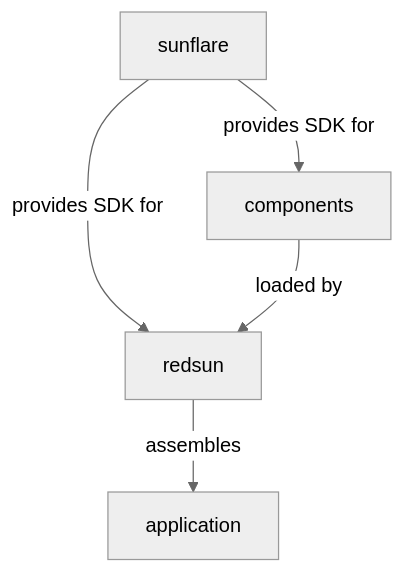
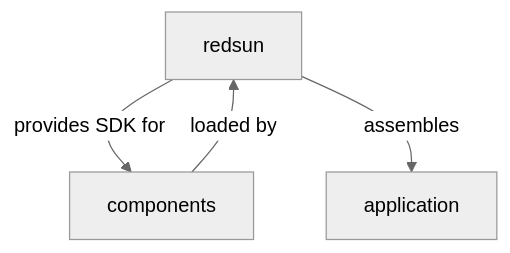
Before and after one commit to redsun-acquisition/redsun: the diagram in docs/explanation/statement.md, drawn with Mermaid (neutral theme). The commit also changed other lines of this file and 20 other files, not shown here.

````diff
--- a/docs/explanation/statement.md
+++ b/docs/explanation/statement.md
@@ -7,7 +7,6 @@
 ```mermaid
 graph TD
-    sunflare -->|provides SDK for| components
-    sunflare -->|provides SDK for| redsun
+    redsun -->|provides SDK for| components
     components -->|loaded by| redsun
     redsun -->|assembles| application
 ```
````
